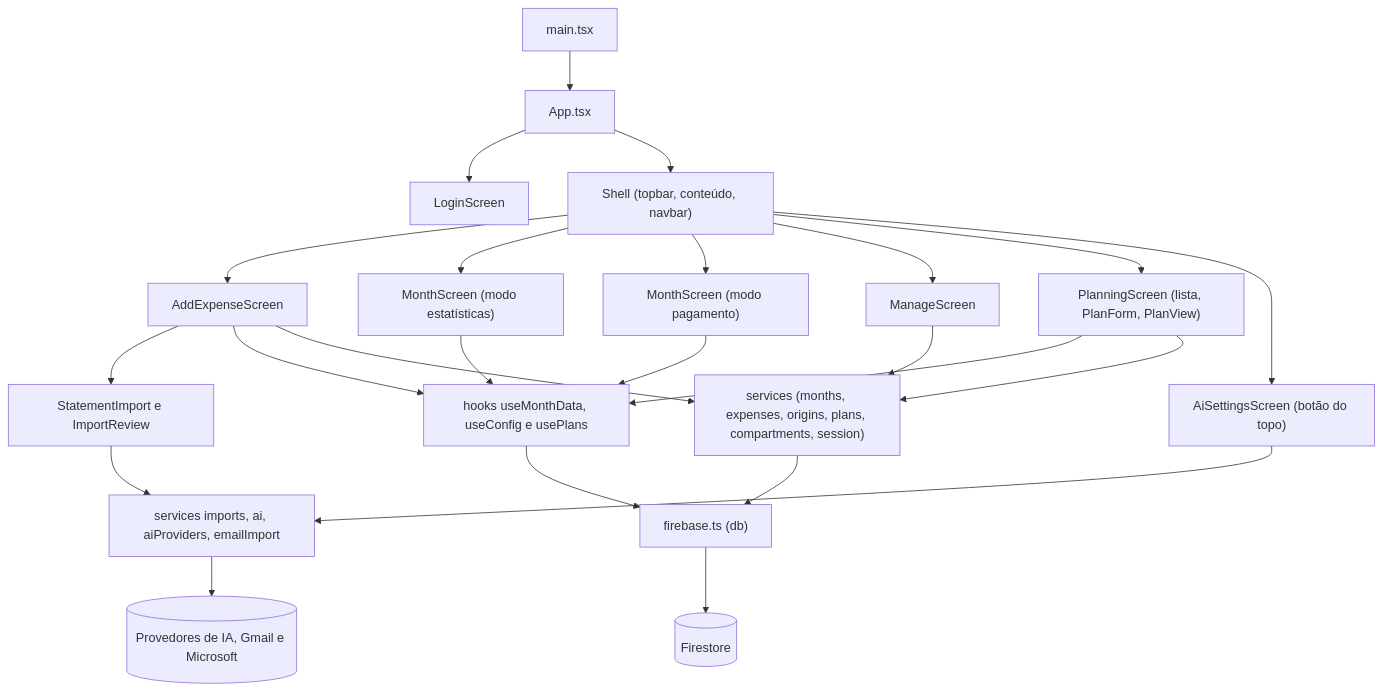
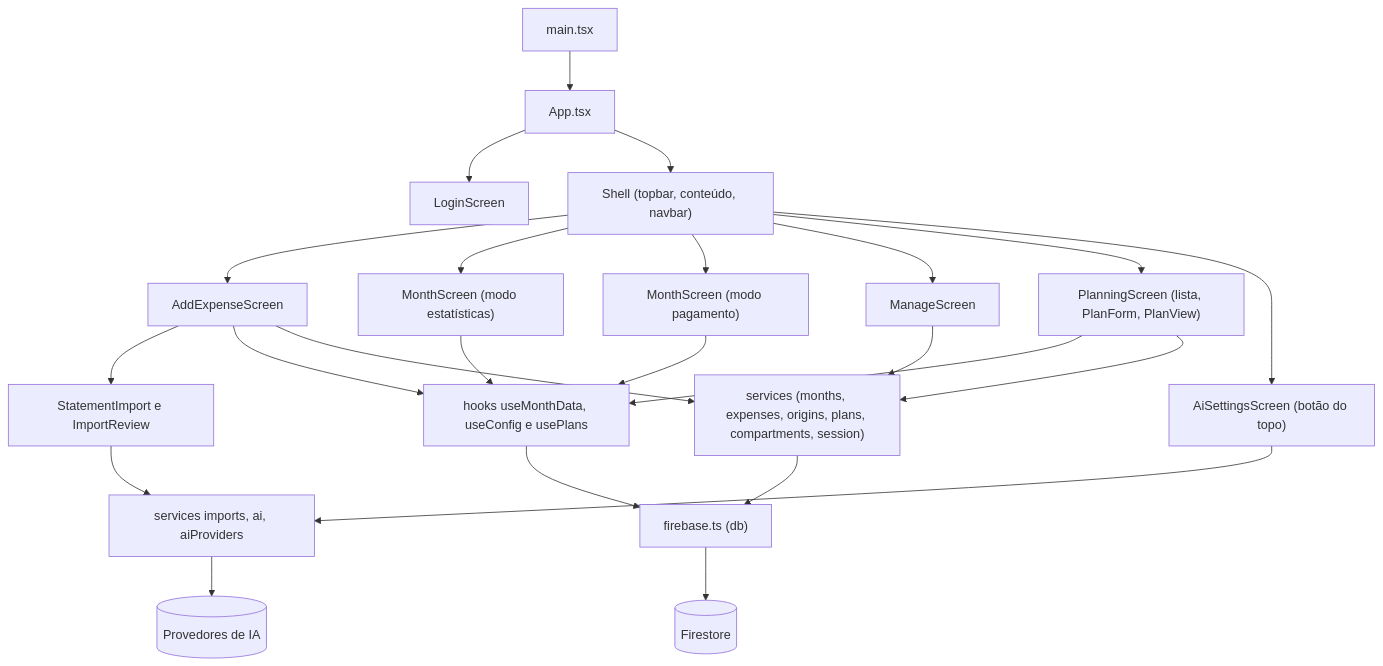
The diagram in docs/01-arquitetura.md (RuanPS01/cash-organizer-web), drawn with Mermaid before and after one commit. The commit also changed other lines of this file and 29 other files, not shown here.

````diff
--- a/docs/01-arquitetura.md
+++ b/docs/01-arquitetura.md
@@ -20,26 +18,26 @@
 ```mermaid
 flowchart TD
   A["main.tsx"] --> B["App.tsx"]
   B --> C["LoginScreen"]
   B --> D["Shell (topbar, conteúdo, navbar)"]
   D --> E["AddExpenseScreen"]
   D --> F["MonthScreen (modo estatísticas)"]
   D --> G["MonthScreen (modo pagamento)"]
   D --> H["ManageScreen"]
   D --> P["PlanningScreen (lista, PlanForm, PlanView)"]
   D --> Q["AiSettingsScreen (botão do topo)"]
   E --> R["StatementImport e ImportReview"]
   E --> I["hooks useMonthData, useConfig e usePlans"]
-  R --> S["services imports, ai, aiProviders, emailImport"]
+  R --> S["services imports, ai, aiProviders"]
   Q --> S
-  S --> T[("Provedores de IA, Gmail e Microsoft")]
+  S --> T[("Provedores de IA")]
   F --> I
   G --> I
   P --> I
   H --> J
   P --> J
   E --> J["services (months, expenses, origins, plans, compartments, session)"]
   I --> K["firebase.ts (db)"]
   J --> K
   K --> L[("Firestore")]
 ```
````
